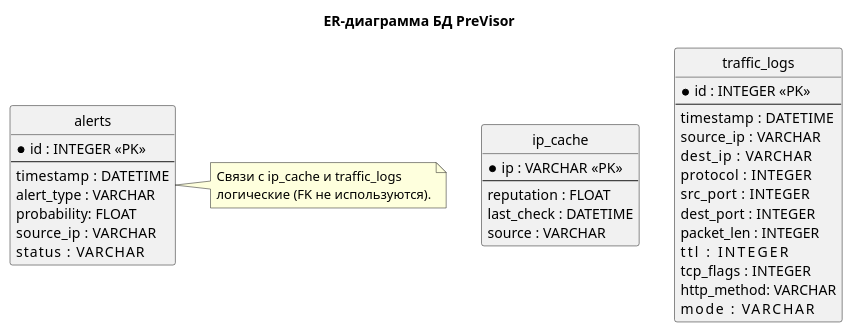
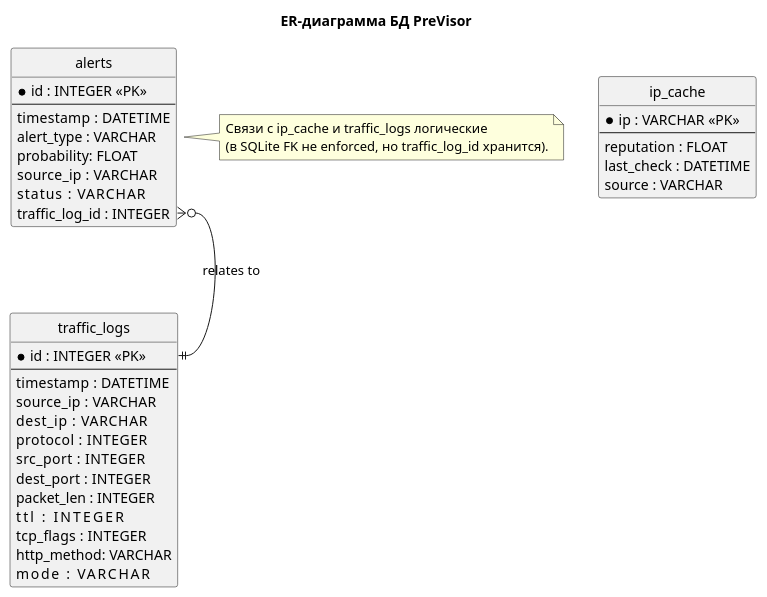
One commit to k00000tek/previsor changed the diagram in static/erd.puml. Above: the diagram before and after it, drawn with PlantUML. The commit also changed 34 other files, not shown here.

```diff
--- a/static/erd.puml
+++ b/static/erd.puml
@@ -1,53 +1,56 @@
 @startuml
 title ER-диаграмма БД PreVisor
 
 hide circle
 hide methods
 hide stereotypes
 
 skinparam entity {
   BackgroundColor White
   BorderColor #555555
   FontColor #111111
 }
 
 entity "ip_cache" as IPCache {
   * ip : VARCHAR <<PK>>
   --
   reputation : FLOAT
   last_check : DATETIME
   source : VARCHAR
 }
 
 entity "alerts" as Alerts {
   * id : INTEGER <<PK>>
   --
   timestamp  : DATETIME
   alert_type : VARCHAR
   probability: FLOAT
   source_ip  : VARCHAR
   status     : VARCHAR
+  traffic_log_id : INTEGER
 }
 
 entity "traffic_logs" as TrafficLogs {
   * id : INTEGER <<PK>>
   --
   timestamp  : DATETIME
   source_ip  : VARCHAR
   dest_ip    : VARCHAR
   protocol   : INTEGER
   src_port   : INTEGER
   dest_port  : INTEGER
   packet_len : INTEGER
   ttl        : INTEGER
   tcp_flags  : INTEGER
   http_method: VARCHAR
   mode       : VARCHAR
 }
 
 note right of Alerts
-Связи с ip_cache и traffic_logs
-логические (FK не используются).
+Связи с ip_cache и traffic_logs логические
+(в SQLite FK не enforced, но traffic_log_id хранится).
 end note
 
+Alerts::traffic_log_id }o--|| TrafficLogs::id : relates to
+
 @enduml
```
